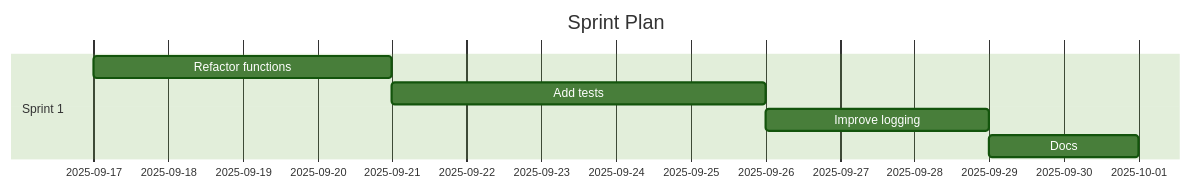
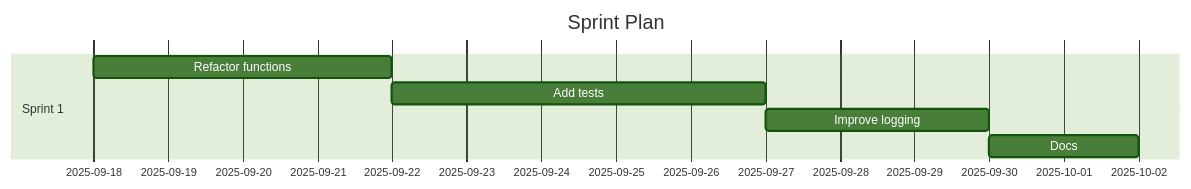
One commit to Anselmoo/mcp-ai-agent-guidelines changed the diagram in demos/demo-code-analysis.sprint.md. Above: the diagram before and after it, drawn with Mermaid (forest theme). The commit also changed other lines of this file and 19 other files, not shown here.

````diff
--- a/demos/demo-code-analysis.sprint.md
+++ b/demos/demo-code-analysis.sprint.md
@@ -58,11 +58,11 @@
 ```mermaid
 gantt
 	dateFormat  YYYY-MM-DD
 	title Sprint Plan
 %% Accessibility: Title=Project Sprint Plan; Description=Gantt chart of sprints and tasks over time. %%
   section Sprint 1
-  Refactor functions :s1t0, 2025-09-17, 4d
-  Add tests :s1t1, 2025-09-21, 5d
-  Improve logging :s1t2, 2025-09-26, 3d
-  Docs :s1t3, 2025-09-29, 2d
+  Refactor functions :s1t0, 2025-09-18, 4d
+  Add tests :s1t1, 2025-09-22, 5d
+  Improve logging :s1t2, 2025-09-27, 3d
+  Docs :s1t3, 2025-09-30, 2d
 ```
````
